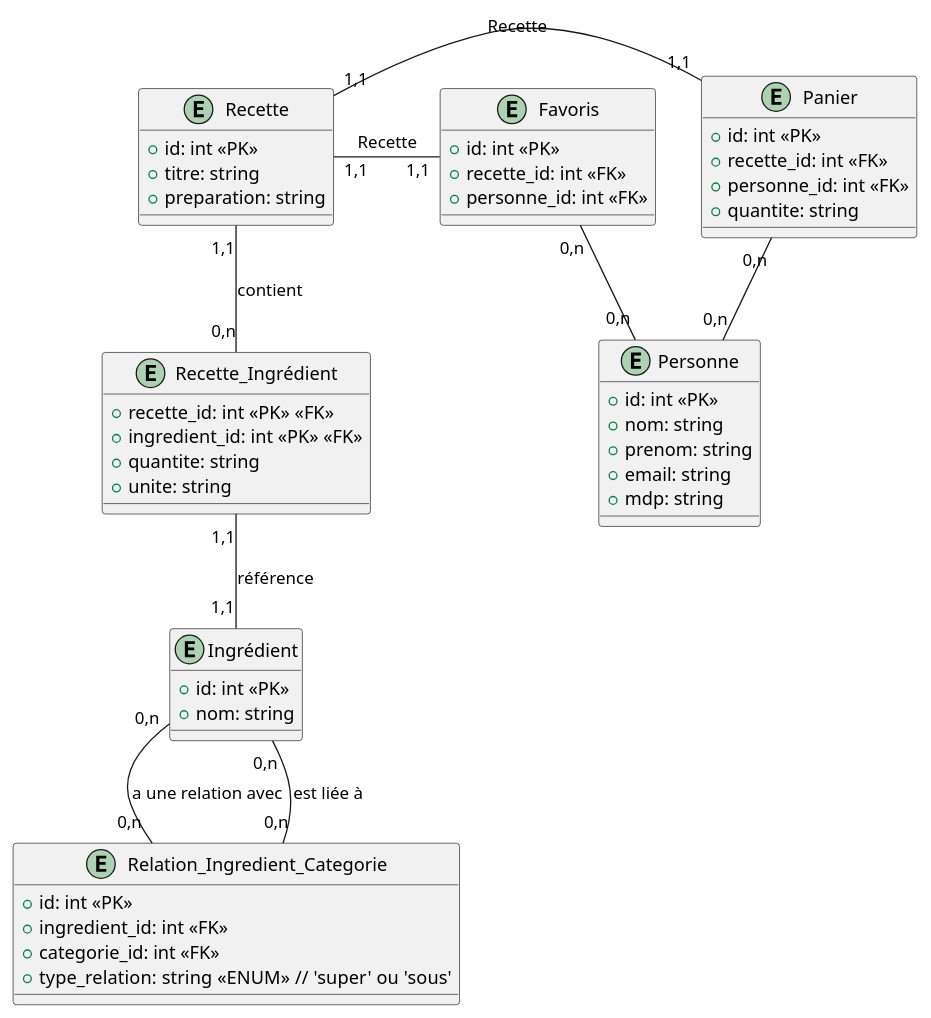
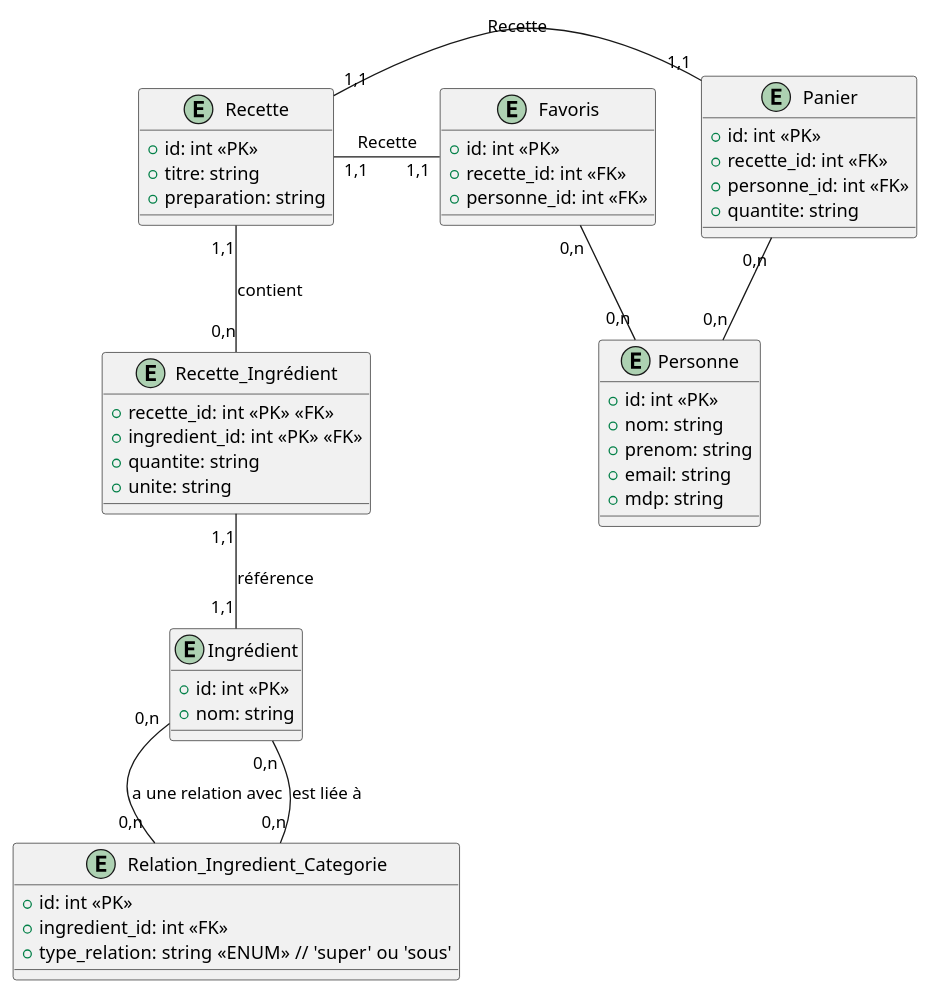
One commit to SmallishMink34/Elixir-Delices changed the diagram in config/database.puml. Above: the diagram before and after it, drawn with PlantUML. The commit also changed 12 other files, not shown here.

```diff
--- a/config/database.puml
+++ b/config/database.puml
@@ -1,60 +1,59 @@
 @startuml
 
 entity "Recette" {
   + id: int <<PK>>
   + titre: string
   + preparation: string
 }
 
 entity "Recette_Ingrédient" {
   + recette_id: int <<PK>> <<FK>>
   + ingredient_id: int <<PK>> <<FK>>
   + quantite: string
   + unite: string
 }
 
 entity "Ingrédient" {
   + id: int <<PK>>
   + nom: string
 }
 
 entity "Relation_Ingredient_Categorie" {
   + id: int <<PK>>
   + ingredient_id: int <<FK>>
-  + categorie_id: int <<FK>>
   + type_relation: string <<ENUM>>  // 'super' ou 'sous'
 }
 
 entity "Personne" {
   + id: int <<PK>>
   + nom: string
   + prenom: string
   + email: string
   + mdp: string
 }
  
 entity "Favoris" {
   + id: int <<PK>>
   + recette_id: int <<FK>>
   + personne_id: int <<FK>>
 }
 
 entity "Panier" {
   + id: int <<PK>>
   + recette_id: int <<FK>>
   + personne_id: int <<FK>>
   + quantite: string
 }
 
 Personne "0,n" -up- "0,n" Favoris
 Personne "0,n" -up- "0,n" Panier
 
 Favoris "1,1" -left- "1,1" Recette : Recette
 Panier "1,1" -left- "1,1" Recette : Recette
 
 Recette "1,1" -- "0,n" Recette_Ingrédient : contient
 Recette_Ingrédient "1,1" -- "1,1" Ingrédient : référence
 Ingrédient "0,n" -- "0,n" Relation_Ingredient_Categorie : a une relation avec
 Ingrédient "0,n" -- "0,n" Relation_Ingredient_Categorie : est liée à
 
 @enduml
```
